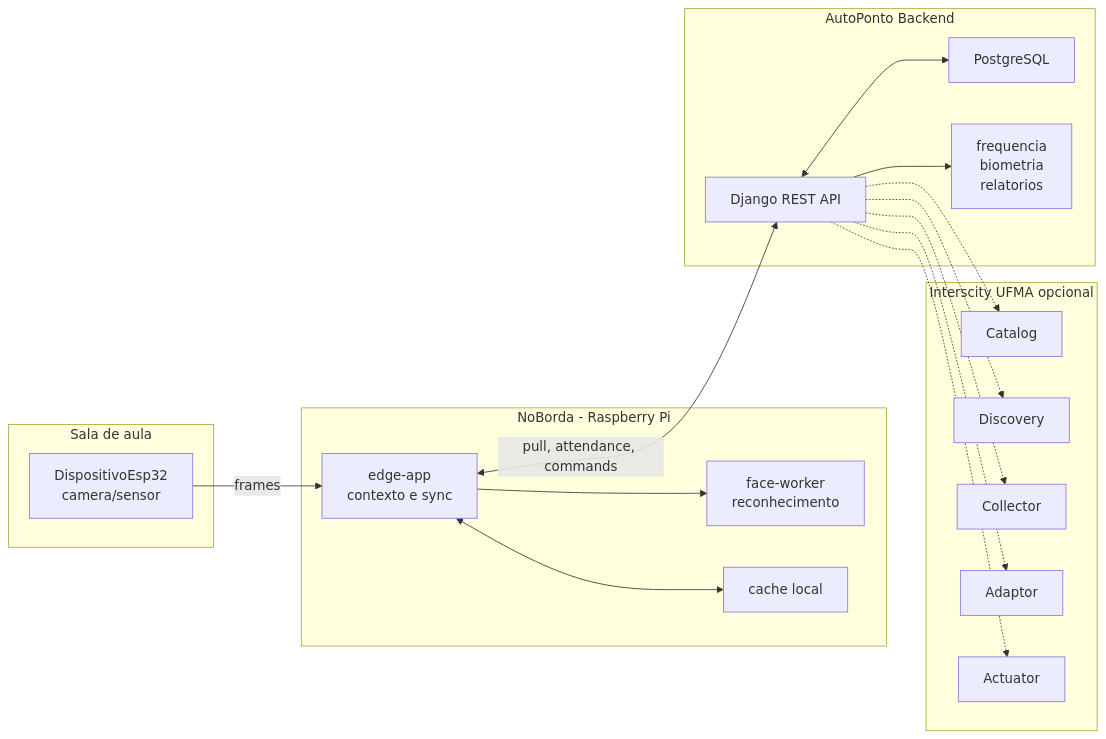
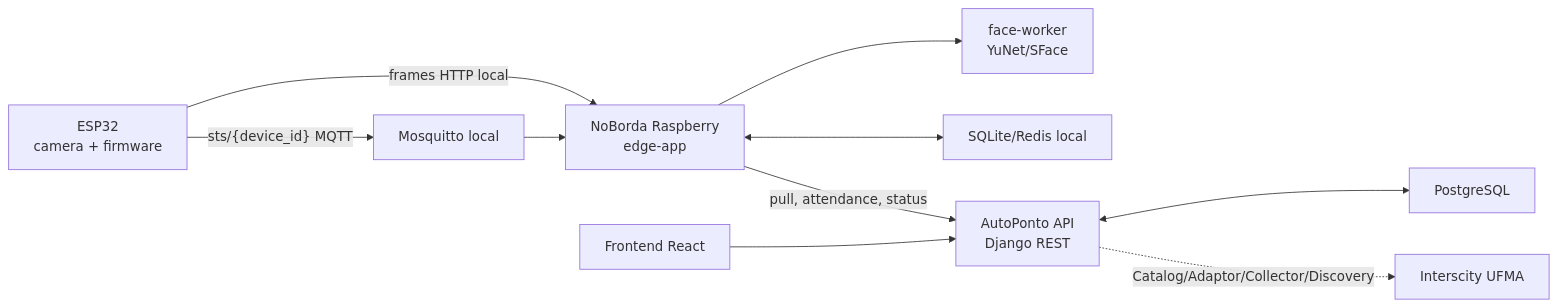
One commit to DanielKGM/autoponto changed the first of 11 diagrams in autoponto-backend/docs/diagramas-tcc.md. Above: the diagram before and after it, drawn with Mermaid. The commit also changed other lines of this file and 42 other files, not shown here.

````diff
--- a/autoponto-backend/docs/diagramas-tcc.md
+++ b/autoponto-backend/docs/diagramas-tcc.md
@@ -7,38 +7,12 @@
 ```mermaid
 flowchart LR
-    subgraph SalaAula["Sala de aula"]
-        ESP["DispositivoEsp32\ncamera/sensor"]
-    end
-
-    subgraph Borda["NoBorda - Raspberry Pi"]
-        Edge["edge-app\ncontexto e sync"]
-        Face["face-worker\nreconhecimento"]
-        Cache["cache local"]
-    end
-
-    subgraph Backend["AutoPonto Backend"]
-        API["Django REST API"]
-        DB["PostgreSQL"]
-        Dominio["frequencia\nbiometria\nrelatorios"]
-    end
-
-    subgraph InterSCity["Interscity UFMA opcional"]
-        Catalog["Catalog"]
-        Discovery["Discovery"]
-        Collector["Collector"]
-        Adaptor["Adaptor"]
-        Actuator["Actuator"]
-    end
-
-    ESP -->|"frames"| Edge
-    Edge --> Face
-    Edge <--> Cache
-    Edge <--> |"pull, attendance, commands"| API
-    API <--> DB
-    API --> Dominio
-    API -.-> Catalog
-    API -.-> Discovery
-    API -.-> Collector
-    API -.-> Adaptor
-    API -.-> Actuator
+    ESP["ESP32\ncamera + firmware"] -->|"frames HTTP local"| Edge["NoBorda Raspberry\nedge-app"]
+    ESP -->|"sts/{device_id} MQTT"| MQTT["Mosquitto local"]
+    MQTT --> Edge
+    Edge --> Face["face-worker\nYuNet/SFace"]
+    Edge <--> Cache["SQLite/Redis local"]
+    Edge -->|"pull, attendance, status"| API["AutoPonto API\nDjango REST"]
+    API <--> DB["PostgreSQL"]
+    API -. "Catalog/Adaptor/Collector/Discovery" .-> IC["Interscity UFMA"]
+    Front["Frontend React"] --> API
 ```
````
